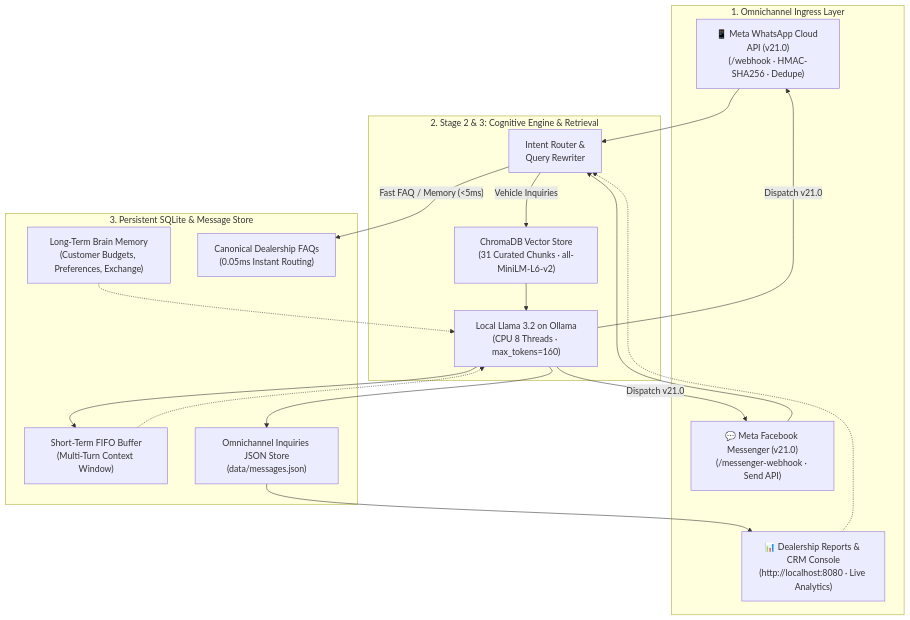
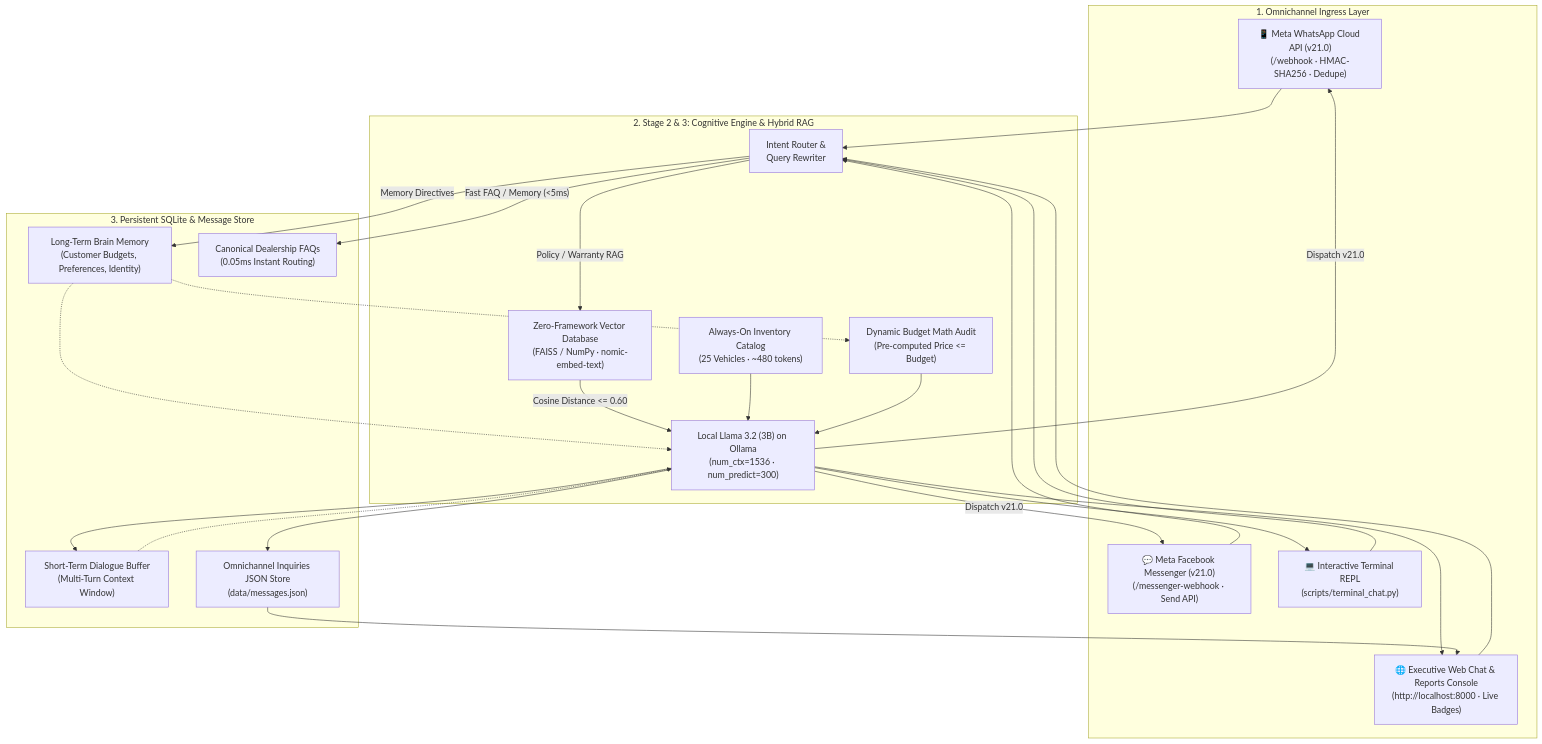
One commit to Nishchal-ll/Omnichannel-AI-Chatbot changed the diagram in README.md. Above: the diagram before and after it, drawn with Mermaid. The commit also changed other lines of this file, not shown here.

Commit message:
docs(readme): update architecture with hybrid rag catalog, dynamic budget audit, and interactive runner

````diff
--- a/README.md
+++ b/README.md
@@ -15,37 +15,47 @@
 ```mermaid
 flowchart TD
     subgraph INGRESS["1. Omnichannel Ingress Layer"]
         WA["📱 Meta WhatsApp Cloud API (v21.0)\n(/webhook · HMAC-SHA256 · Dedupe)"]
         FB["💬 Meta Facebook Messenger (v21.0)\n(/messenger-webhook · Send API)"]
-        DASH["📊 Dealership Reports & CRM Console\n(http://localhost:8080 · Live Analytics)"]
+        WEB["🌐 Executive Web Chat & Reports Console\n(http://localhost:8000 · Live Badges)"]
+        CLI["💻 Interactive Terminal REPL\n(scripts/terminal_chat.py)"]
     end
 
-    subgraph BRAIN["2. Stage 2 & 3: Cognitive Engine & Retrieval"]
+    subgraph BRAIN["2. Stage 2 & 3: Cognitive Engine & Hybrid RAG"]
         ROUTER["Intent Router &\nQuery Rewriter"]
-        CHROMA["ChromaDB Vector Store\n(31 Curated Chunks · all-MiniLM-L6-v2)"]
-        LLM["Local Llama 3.2 on Ollama\n(CPU 8 Threads · max_tokens=160)"]
+        CATALOG["Always-On Inventory Catalog\n(25 Vehicles · ~480 tokens)"]
+        VDB["Zero-Framework Vector Database\n(FAISS / NumPy · nomic-embed-text)"]
+        AUDIT["Dynamic Budget Math Audit\n(Pre-computed Price <= Budget)"]
+        LLM["Local Llama 3.2 (3B) on Ollama\n(num_ctx=1536 · num_predict=300)"]
     end
 
     subgraph STORAGE["3. Persistent SQLite & Message Store"]
-        SESS["Short-Term FIFO Buffer\n(Multi-Turn Context Window)"]
-        MEM["Long-Term Brain Memory\n(Customer Budgets, Preferences, Exchange)"]
+        SESS["Short-Term Dialogue Buffer\n(Multi-Turn Context Window)"]
+        MEM["Long-Term Brain Memory\n(Customer Budgets, Preferences, Identity)"]
         FAQ["Canonical Dealership FAQs\n(0.05ms Instant Routing)"]
         LOGS["Omnichannel Inquiries JSON Store\n(data/messages.json)"]
     end
 
     WA --> ROUTER
     FB --> ROUTER
-    DASH -.-> ROUTER
+    WEB --> ROUTER
+    CLI --> ROUTER
 
     ROUTER -->|"Fast FAQ / Memory (<5ms)"| FAQ
-    ROUTER -->|"Vehicle Inquiries"| CHROMA
-    CHROMA --> LLM
+    ROUTER -->|"Memory Directives"| MEM
+    ROUTER -->|"Policy / Warranty RAG"| VDB
+    VDB -->|"Cosine Distance <= 0.60"| LLM
+    CATALOG --> LLM
+    AUDIT --> LLM
+    MEM -.-> AUDIT
     MEM -.-> LLM
     SESS -.-> LLM
 
     LLM --> SESS
     LLM --> LOGS
     LLM -->|"Dispatch v21.0"| WA
     LLM -->|"Dispatch v21.0"| FB
-    LOGS --> DASH
+    LLM --> WEB
+    LLM --> CLI
+    LOGS --> WEB
 ```
````
